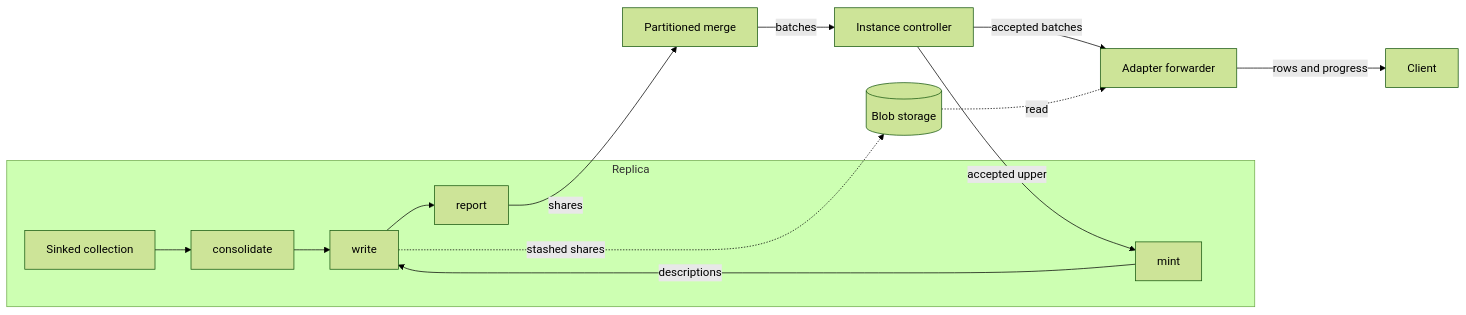
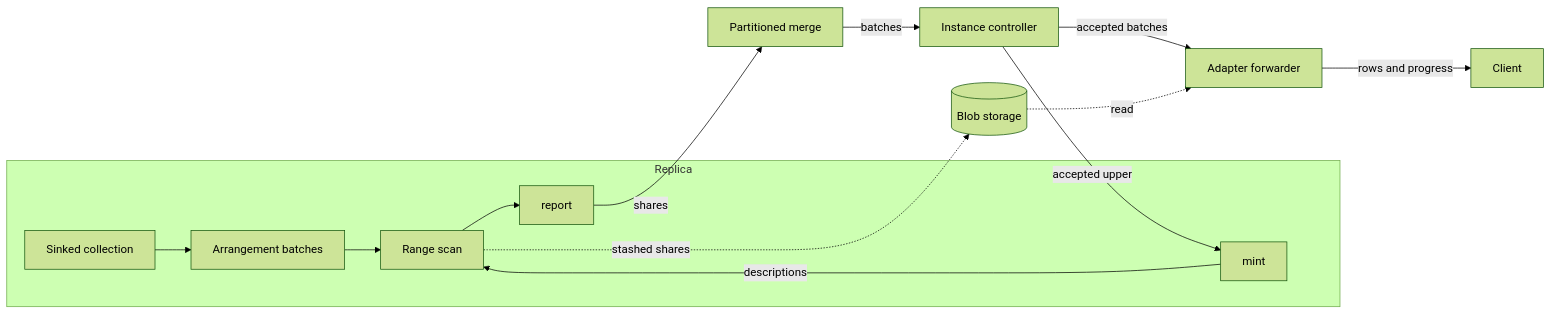
Before and after one commit to MaterializeInc/materialize: the diagram in doc/developer/design/20261021_batched_subscribe.md, drawn with Mermaid (forest theme). The commit also changed other lines of this file and 1 other file, not shown here.

````diff
--- a/doc/developer/design/20261021_batched_subscribe.md
+++ b/doc/developer/design/20261021_batched_subscribe.md
@@ -40,16 +39,16 @@
 ```mermaid
 flowchart LR
     subgraph replica [Replica]
-        input[Sinked collection] --> consolidate
-        consolidate --> write
-        mint -- descriptions --> write
-        write --> report
+        input[Sinked collection] --> arrange[Arrangement batches]
+        mint -- descriptions --> scan[Range scan]
+        arrange --> scan
+        scan --> report
     end
     report -- shares --> merge[Partitioned merge]
     merge -- batches --> cutover[Instance controller]
     cutover -- accepted upper --> mint
     cutover -- accepted batches --> forwarder[Adapter forwarder]
     forwarder -- rows and progress --> client[Client]
-    write -. stashed shares .-> blob[(Blob storage)]
+    scan -. stashed shares .-> blob[(Blob storage)]
     blob -. read .-> forwarder
 ```
````
